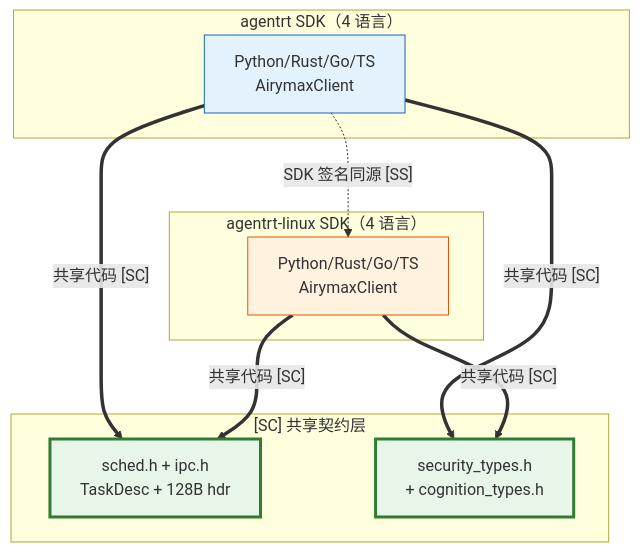
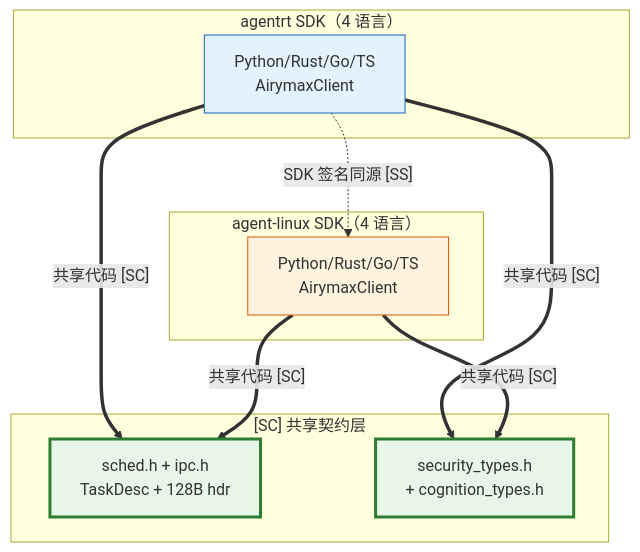
One commit to openairymax/docs-linux changed the second of 2 diagrams in 30-interfaces/03-sdk-api.md. Above: the diagram before and after it, drawn with Mermaid. The commit also changed other lines of this file and 172 other files, not shown here.

Commit message:
docs: rename agentrt-linux to agent-linux across docs v0.1.3 双工程结构：agentrt-linux 改名 agent-linux。docs 全仓 186 个 文件中的 agentrt-linux 引用统一为 agent-linux（AirymaxOS 工程名/ URL/路径引用；commit hash 与历史不变）。

````diff
--- a/30-interfaces/03-sdk-api.md
+++ b/30-interfaces/03-sdk-api.md
@@ -556,26 +556,26 @@
 ```mermaid
 graph TB
     subgraph "agentrt SDK（4 语言）"
         RT_PY[Python/Rust/Go/TS<br/>AirymaxClient]
     end
 
-    subgraph "agentrt-linux SDK（4 语言）"
+    subgraph "agent-linux SDK（4 语言）"
         OS_PY[Python/Rust/Go/TS<br/>AirymaxClient]
     end
 
     subgraph "[SC] 共享契约层"
         SC1[sched.h + ipc.h<br/>TaskDesc + 128B hdr]
         SC2[security_types.h<br/>+ cognition_types.h]
     end
 
     RT_PY -.->|"SDK 签名同源 [SS]"| OS_PY
     RT_PY ==>|"共享代码 [SC]"| SC1
     RT_PY ==>|"共享代码 [SC]"| SC2
     OS_PY ==>|"共享代码 [SC]"| SC1
     OS_PY ==>|"共享代码 [SC]"| SC2
 
     style SC1 fill:#e8f5e9,stroke:#2e7d32,stroke-width:3px
     style SC2 fill:#e8f5e9,stroke:#2e7d32,stroke-width:3px
     style RT_PY fill:#e3f2fd,stroke:#1565c0
     style OS_PY fill:#fff3e0,stroke:#e65100
 ```
````
